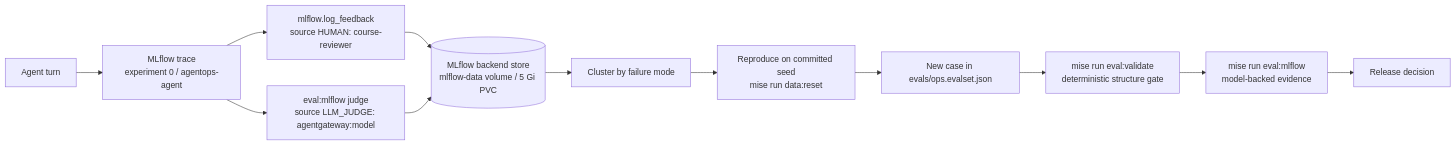
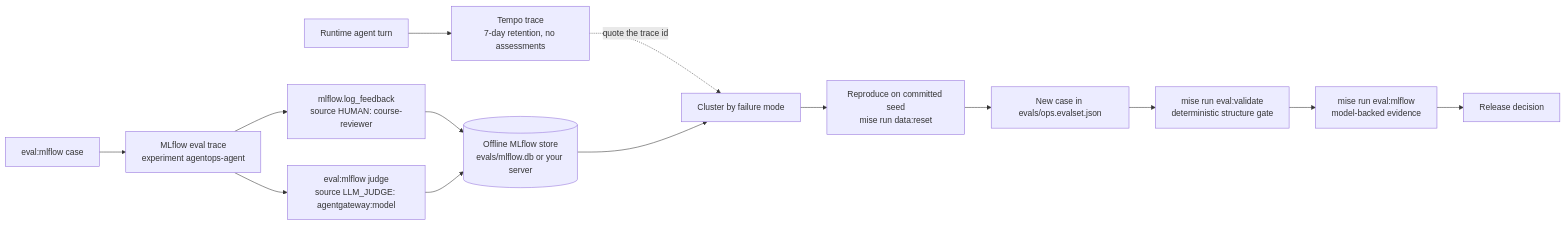
Before and after one commit to LuiGGi629/agentops-open-course: the diagram in content/7. Observability/7.4. Feedback.md, drawn with Mermaid. The commit also changed other lines of this file and 88 other files, not shown here.

First line of the commit message:
refactor: send traces to Tempo and take MLflow out of the online path

````diff
--- a/content/7. Observability/7.4. Feedback.md
+++ b/content/7. Observability/7.4. Feedback.md
@@ -159,14 +178,16 @@
 ```mermaid
 flowchart LR
-  turn["Agent turn"] --> trace["MLflow trace<br/>experiment 0 / agentops-agent"]
+  turn["Runtime agent turn"] --> tempo["Tempo trace<br/>7-day retention, no assessments"]
+  tempo -. "quote the trace id" .-> cluster
+  evalcase["eval:mlflow case"] --> trace["MLflow eval trace<br/>experiment agentops-agent"]
   trace --> human["mlflow.log_feedback<br/>source HUMAN: course-reviewer"]
   trace --> judge["eval:mlflow judge<br/>source LLM_JUDGE: agentgateway:model"]
-  human --> store[("MLflow backend store<br/>mlflow-data volume / 5 Gi PVC")]
+  human --> store[("Offline MLflow store<br/>evals/mlflow.db or your server")]
   judge --> store
   store --> cluster["Cluster by failure mode"]
   cluster --> repro["Reproduce on committed seed<br/>mise run data:reset"]
   repro --> case["New case in evals/ops.evalset.json"]
   case --> gate["mise run eval:validate<br/>deterministic structure gate"]
   gate --> evidence["mise run eval:mlflow<br/>model-backed evidence"]
   evidence --> release["Release decision"]
 ```
````
